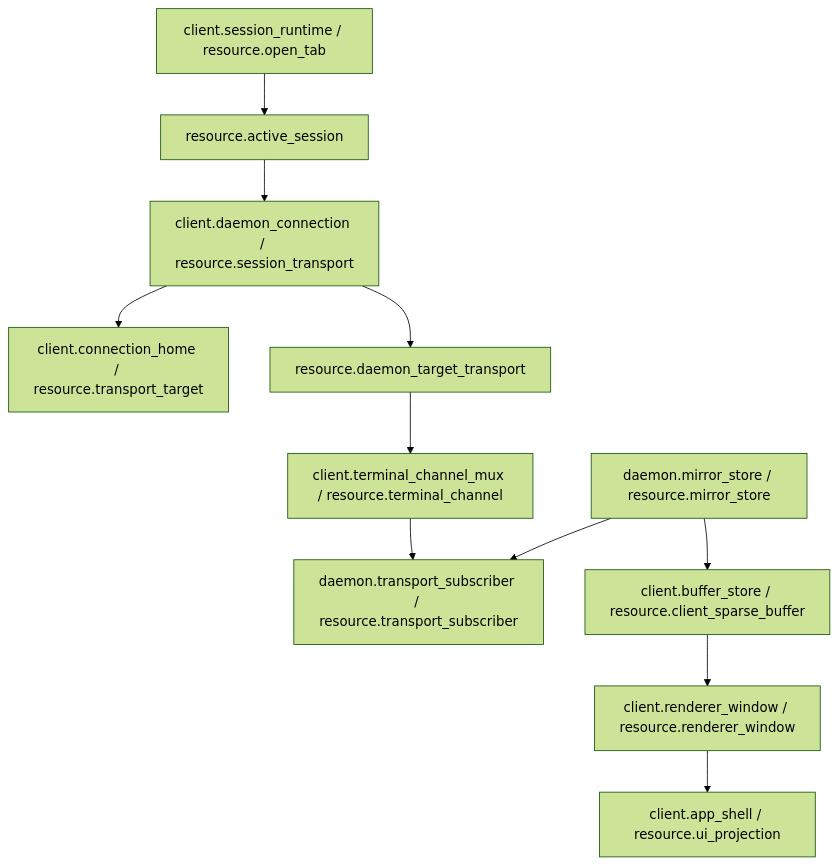
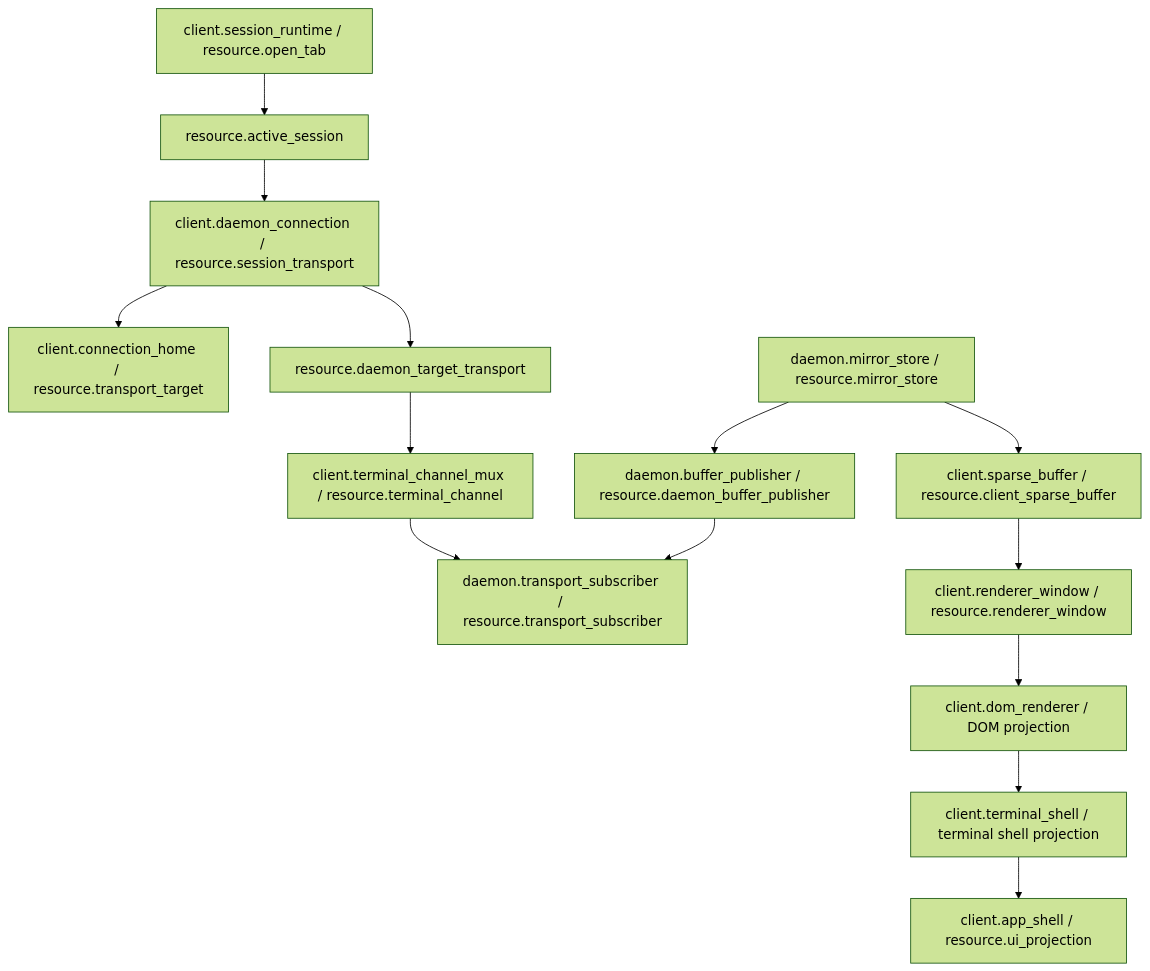
One commit to Jasonzhangf/zterm changed the first of 3 diagrams in android/docs/modules/project-modules.md. Above: the diagram before and after it, drawn with Mermaid (forest theme). The commit also changed other lines of this file and 389 other files, not shown here.

````diff
--- a/android/docs/modules/project-modules.md
+++ b/android/docs/modules/project-modules.md
@@ -149,13 +193,16 @@
 ```mermaid
 flowchart TD
   OpenTab["client.session_runtime / resource.open_tab"] --> ActiveSession["resource.active_session"]
   ActiveSession --> SessionTransport["client.daemon_connection / resource.session_transport"]
   SessionTransport --> Target["client.connection_home / resource.transport_target"]
   SessionTransport --> DaemonTarget["resource.daemon_target_transport"]
   DaemonTarget --> Channel["client.terminal_channel_mux / resource.terminal_channel"]
   Channel --> Subscriber["daemon.transport_subscriber / resource.transport_subscriber"]
-  Mirror["daemon.mirror_store / resource.mirror_store"] --> Subscriber
-  Mirror --> Sparse["client.buffer_store / resource.client_sparse_buffer"]
+  Mirror["daemon.mirror_store / resource.mirror_store"] --> BufferPublisher["daemon.buffer_publisher / resource.daemon_buffer_publisher"]
+  BufferPublisher --> Subscriber
+  Mirror --> Sparse["client.sparse_buffer / resource.client_sparse_buffer"]
   Sparse --> Renderer["client.renderer_window / resource.renderer_window"]
-  Renderer --> UI["client.app_shell / resource.ui_projection"]
+  Renderer --> DomRenderer["client.dom_renderer / DOM projection"]
+  DomRenderer --> TerminalShell["client.terminal_shell / terminal shell projection"]
+  TerminalShell --> AppShell["client.app_shell / resource.ui_projection"]
 ```
````
